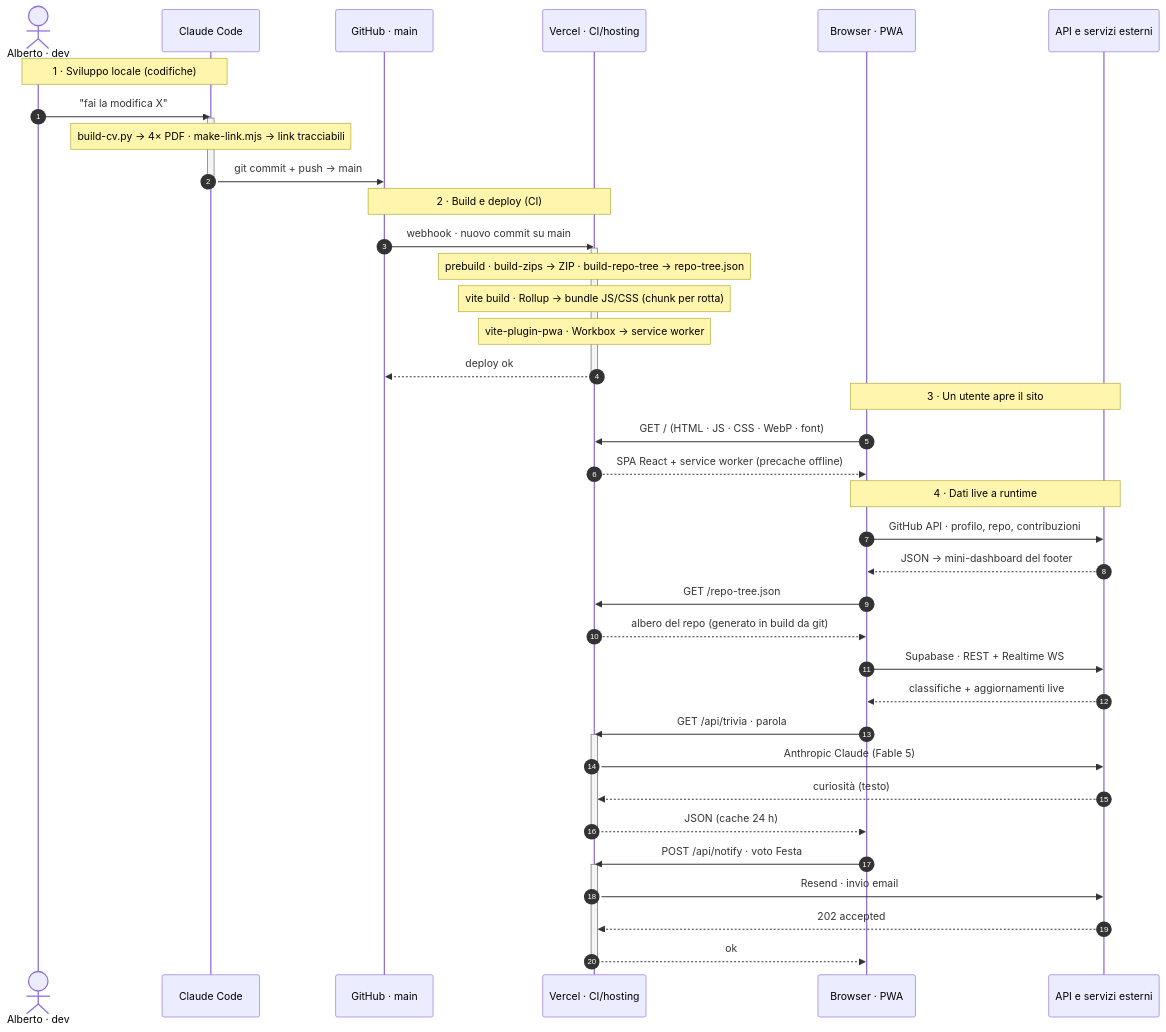
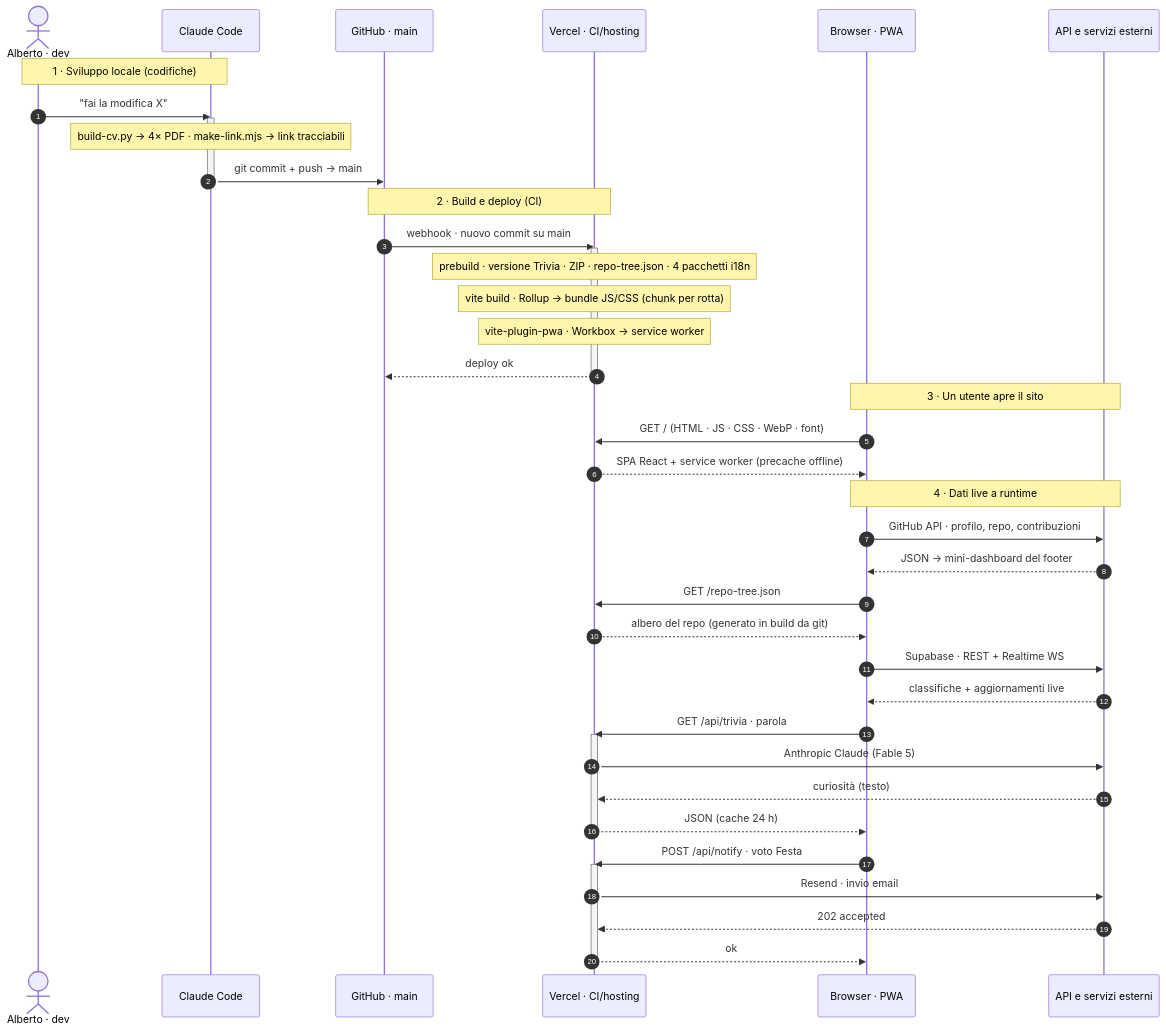
Before and after one commit to albertoxpecchini/AP: the diagram in README.md, drawn with Mermaid. The commit also changed other lines of this file, not shown here.

````diff
--- a/README.md
+++ b/README.md
@@ -321,50 +429,50 @@
 ```mermaid
 sequenceDiagram
     autonumber
     actor Dev as Alberto · dev
     participant CC as Claude Code
     participant GH as GitHub · main
     participant VC as Vercel · CI/hosting
     participant BR as Browser · PWA
     participant EXT as API e servizi esterni
 
     Note over Dev,CC: 1 · Sviluppo locale (codifiche)
     Dev->>CC: "fai la modifica X"
     activate CC
     Note over CC: build-cv.py → 4× PDF · make-link.mjs → link tracciabili
     CC->>GH: git commit + push → main
     deactivate CC
 
     Note over GH,VC: 2 · Build e deploy (CI)
     GH->>VC: webhook · nuovo commit su main
     activate VC
-    Note over VC: prebuild · build-zips → ZIP · build-repo-tree → repo-tree.json
+    Note over VC: prebuild · versione Trivia · ZIP · repo-tree.json · 4 pacchetti i18n
     Note over VC: vite build · Rollup → bundle JS/CSS (chunk per rotta)
     Note over VC: vite-plugin-pwa · Workbox → service worker
     VC-->>GH: deploy ok
     deactivate VC
 
     Note over BR,EXT: 3 · Un utente apre il sito
     BR->>VC: GET / (HTML · JS · CSS · WebP · font)
     VC-->>BR: SPA React + service worker (precache offline)
 
     Note over BR,EXT: 4 · Dati live a runtime
     BR->>EXT: GitHub API · profilo, repo, contribuzioni
     EXT-->>BR: JSON → mini-dashboard del footer
     BR->>VC: GET /repo-tree.json
     VC-->>BR: albero del repo (generato in build da git)
     BR->>EXT: Supabase · REST + Realtime WS
     EXT-->>BR: classifiche + aggiornamenti live
     BR->>VC: GET /api/trivia · parola
     activate VC
     VC->>EXT: Anthropic Claude (Fable 5)
     EXT-->>VC: curiosità (testo)
     VC-->>BR: JSON (cache 24 h)
     deactivate VC
     BR->>VC: POST /api/notify · voto Festa
     activate VC
     VC->>EXT: Resend · invio email
     EXT-->>VC: 202 accepted
     VC-->>BR: ok
     deactivate VC
 ```
````
